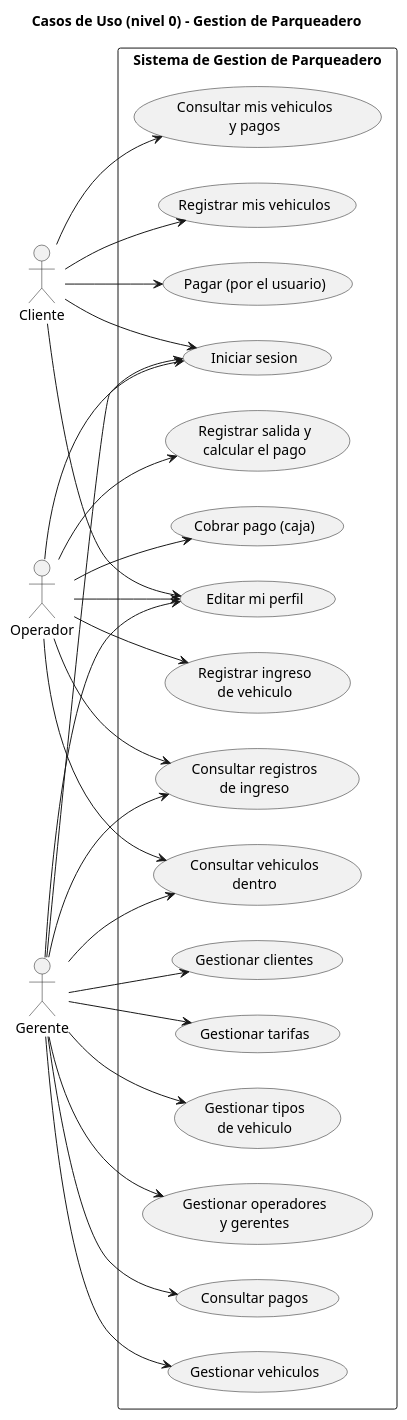
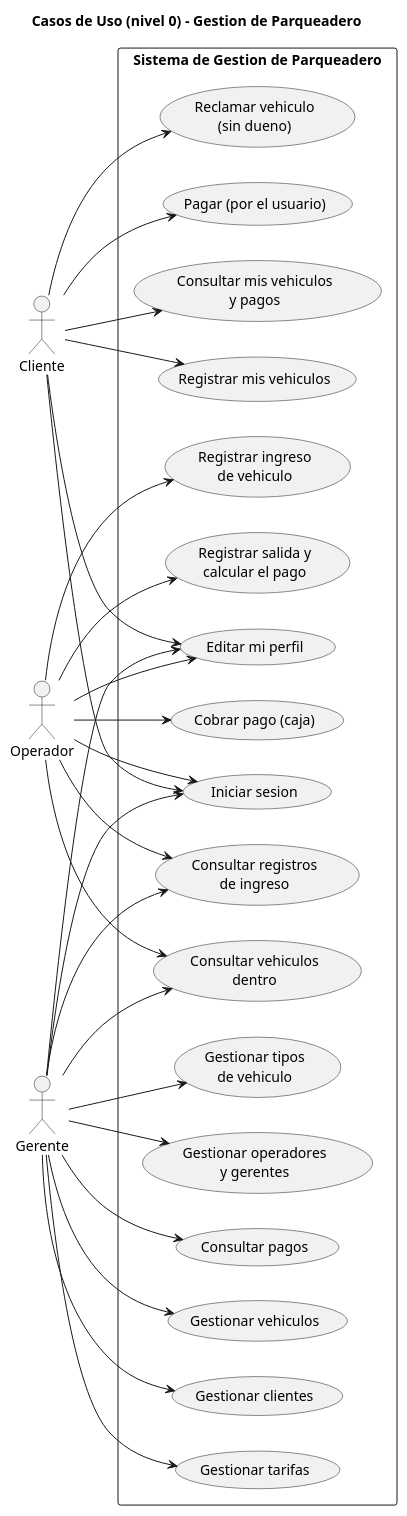
The diagram in docs/domain/UC0-diagram.puml (xdark-nessx20/demo_parq_temp), drawn with PlantUML before and after one commit. The commit also changed 6 other files, not shown here.

Commit message:
Docs: UC0 con 'Reclamar vehiculo' + capturas actualizadas (09, 11, 13, 14)

```diff
--- a/docs/domain/UC0-diagram.puml
+++ b/docs/domain/UC0-diagram.puml
@@ -1,56 +1,58 @@
 @startuml
 title Casos de Uso (nivel 0) - Gestion de Parqueadero
 left to right direction
 skinparam packageStyle rectangle
 
 actor "Cliente" as c
 actor "Operador" as o
 actor "Gerente" as g
 
 package "Sistema de Gestion de Parqueadero" {
 
   usecase "Iniciar sesion" as UC0
   usecase "Registrar ingreso\nde vehiculo" as UC1
   usecase "Registrar salida y\ncalcular el pago" as UC2
   usecase "Pagar (por el usuario)" as UC3
   usecase "Cobrar pago (caja)" as UC4
   usecase "Consultar vehiculos\ndentro" as UC5
   usecase "Consultar registros\nde ingreso" as UC6
   usecase "Gestionar vehiculos" as UC7
   usecase "Gestionar clientes" as UC8
   usecase "Gestionar tarifas" as UC9
   usecase "Gestionar tipos\nde vehiculo" as UC10
   usecase "Gestionar operadores\ny gerentes" as UC11
   usecase "Consultar mis vehiculos\ny pagos" as UC12
   usecase "Editar mi perfil" as UC13
   usecase "Registrar mis vehiculos" as UC14
   usecase "Consultar pagos" as UC15
+  usecase "Reclamar vehiculo\n(sin dueno)" as UC16
 
 }
 
 c --> UC0
 c --> UC3
 c --> UC12
 c --> UC13
 c --> UC14
+c --> UC16
 
 o --> UC0
 o --> UC1
 o --> UC2
 o --> UC4
 o --> UC5
 o --> UC6
 o --> UC13
 
 g --> UC0
 g --> UC5
 g --> UC6
 g --> UC7
 g --> UC8
 g --> UC9
 g --> UC10
 g --> UC11
 g --> UC13
 g --> UC15
 
 @enduml
```
